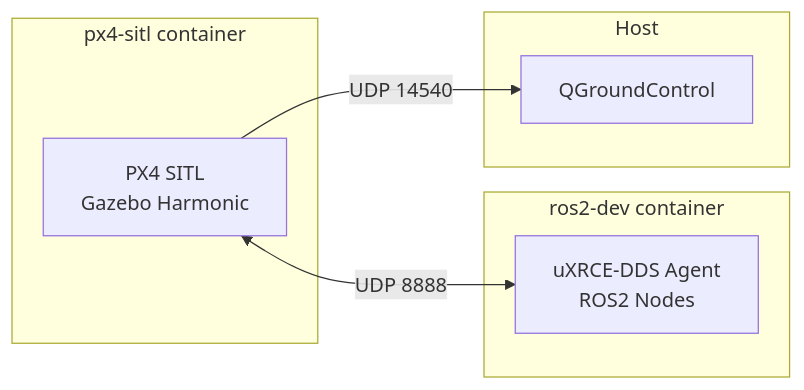
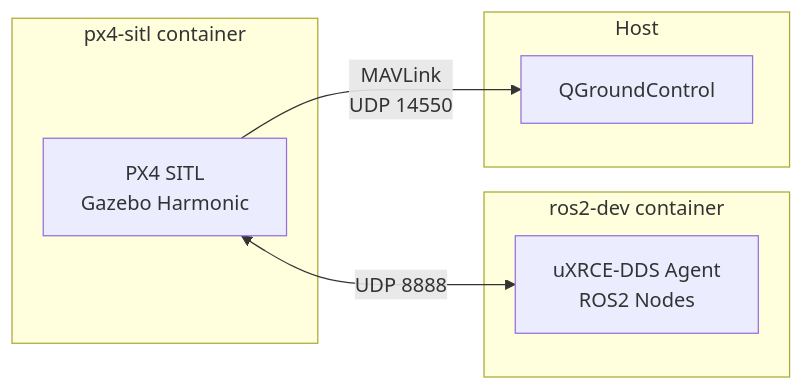
The diagram in docs/how-to/run-simulation.md (fadi-labib/bennu), drawn with Mermaid before and after one commit. The commit also changed 8 other files, not shown here.

````diff
--- a/docs/how-to/run-simulation.md
+++ b/docs/how-to/run-simulation.md
@@ -18,14 +18,14 @@
 ```mermaid
 graph LR
     subgraph "px4-sitl container"
         PX4["PX4 SITL<br/>Gazebo Harmonic"]
     end
     subgraph "ros2-dev container"
         XRCE["uXRCE-DDS Agent<br/>ROS2 Nodes"]
     end
     subgraph Host
         QGC[QGroundControl]
     end
-    PX4 -->|"UDP 14540"| QGC
+    PX4 -->|"MAVLink<br/>UDP 14550"| QGC
     PX4 <-->|"UDP 8888"| XRCE
 ```
````
